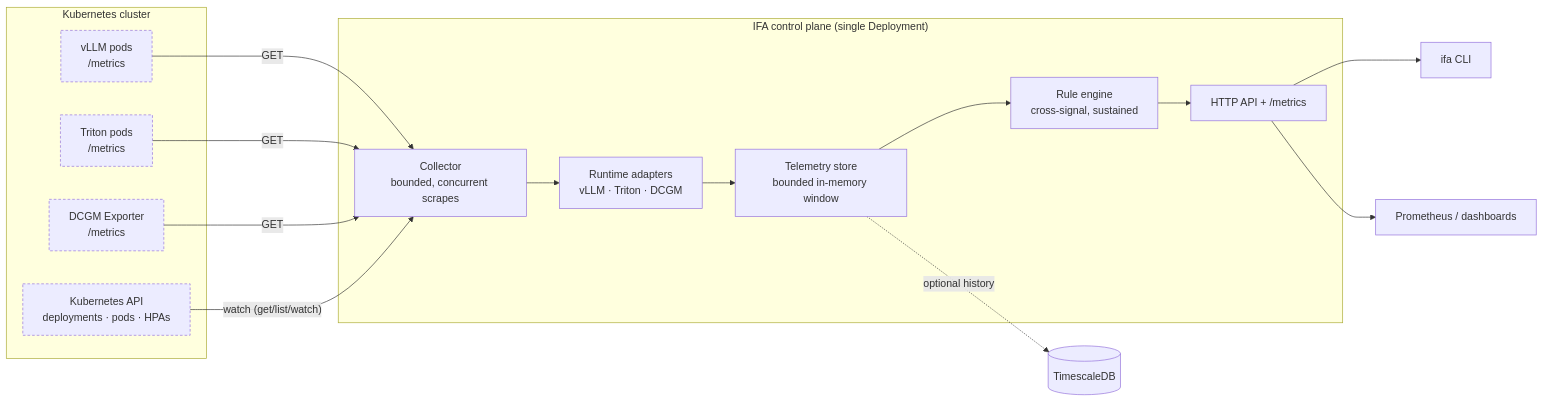
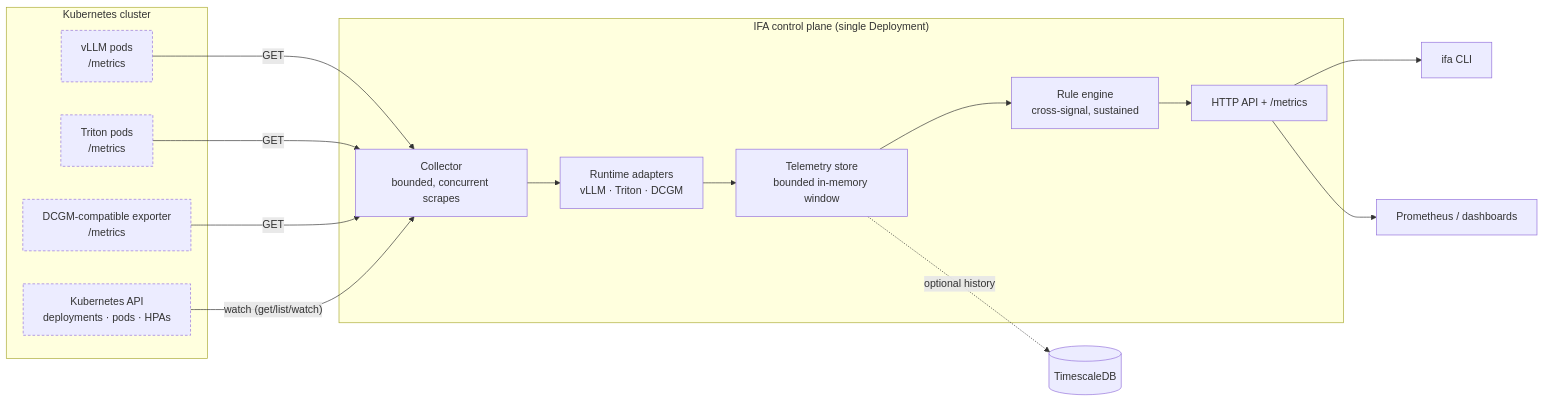
One commit to p95labs/ifa changed the diagram in README.md. Above: the diagram before and after it, drawn with Mermaid. The commit also changed other lines of this file and 2 other files, not shown here.

Commit message:
Docs: clarify DCGM wording; use canonical Apache-2.0 LICENSE text and add NOTICE

````diff
--- a/README.md
+++ b/README.md
@@ -88,31 +88,31 @@
 ```mermaid
 flowchart LR
   subgraph cluster["Kubernetes cluster"]
     vllm["vLLM pods<br/>/metrics"]
     triton["Triton pods<br/>/metrics"]
-    dcgm["DCGM Exporter<br/>/metrics"]
+    dcgm["DCGM-compatible exporter<br/>/metrics"]
     api["Kubernetes API<br/>deployments · pods · HPAs"]
   end
 
   subgraph ifa["IFA control plane (single Deployment)"]
     collector["Collector<br/>bounded, concurrent scrapes"]
     adapters["Runtime adapters<br/>vLLM · Triton · DCGM"]
     store["Telemetry store<br/>bounded in-memory window"]
     engine["Rule engine<br/>cross-signal, sustained"]
     http["HTTP API + /metrics"]
   end
 
   vllm -- "GET" --> collector
   triton -- "GET" --> collector
   dcgm -- "GET" --> collector
   api -- "watch (get/list/watch)" --> collector
 
   collector --> adapters --> store --> engine --> http
   store -. "optional history" .-> ts[("TimescaleDB")]
 
   http --> cli["ifa CLI"]
   http --> prom["Prometheus / dashboards"]
 
   classDef ro stroke-dasharray: 4 3;
   class vllm,triton,dcgm,api ro;
 ```
````
